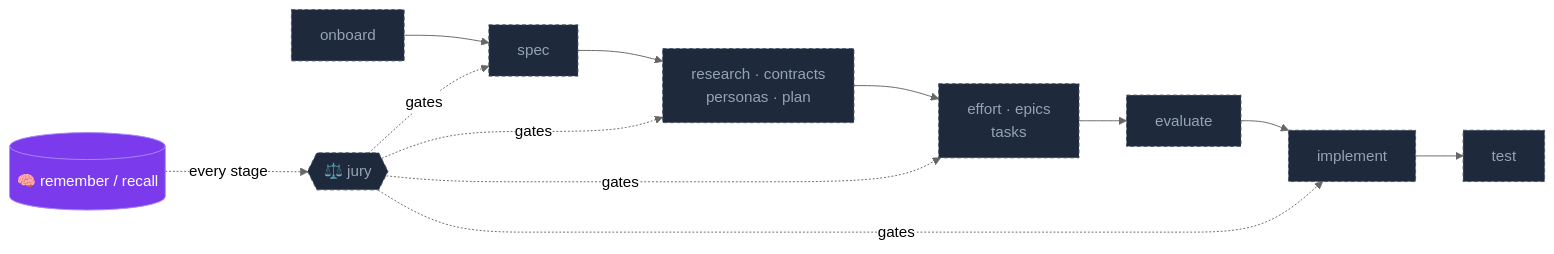
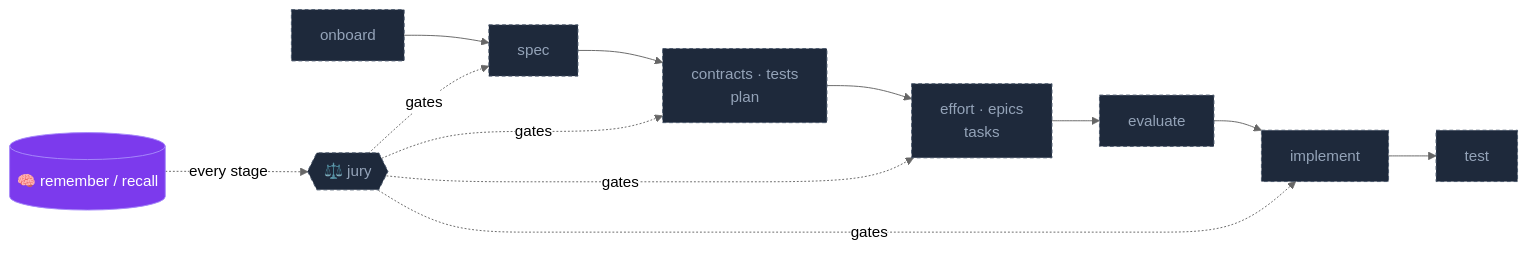
One commit to nikolajkarpic/nio changed the first of 2 diagrams in README.md. Above: the diagram before and after it, drawn with Mermaid (neutral theme). The commit also changed other lines of this file and 17 other files, not shown here.

````diff
--- a/README.md
+++ b/README.md
@@ -41,12 +41,12 @@
 ```mermaid
 flowchart LR
   classDef built fill:#7c3aed,stroke:#a78bfa,color:#fff
   classDef planned fill:#1e293b,stroke:#475569,color:#94a3b8,stroke-dasharray:4 3
 
-  onboard --> spec --> plan["research · contracts<br>personas · plan"] --> tasks["effort · epics<br>tasks"] --> evaluate --> implement --> test
+  onboard --> spec --> plan["contracts · tests<br>plan"] --> tasks["effort · epics<br>tasks"] --> evaluate --> implement --> test
   jury{{"⚖️ jury"}} -. gates .-> spec & plan & tasks & implement
   memory[("🧠 remember / recall")] -. every stage .-> jury
 
   class memory built
   class onboard,spec,plan,tasks,evaluate,implement,test,jury planned
 ```
````
